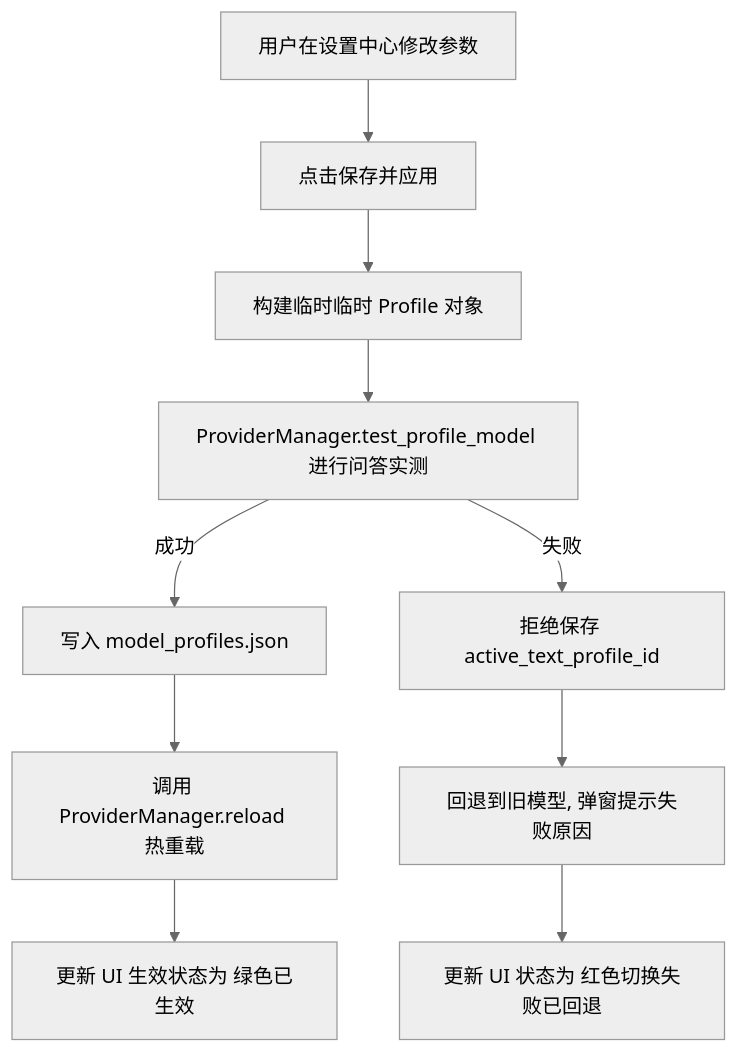
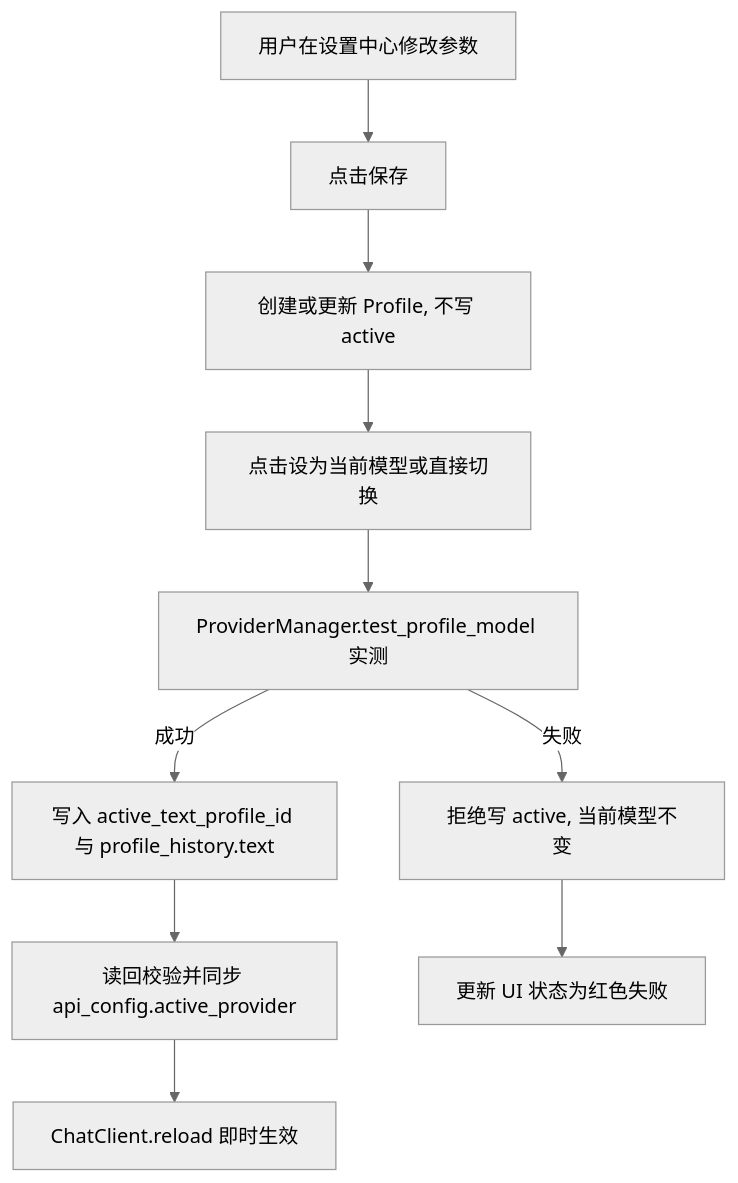
One commit to 111111666yi-cmyk/daniya-desktop-pet-2026 changed the diagram in docs/MODEL_PROVIDER_CONFIG_SPEC.md. Above: the diagram before and after it, drawn with Mermaid (neutral theme). The commit also changed other lines of this file and 14 other files, not shown here.

````diff
--- a/docs/MODEL_PROVIDER_CONFIG_SPEC.md
+++ b/docs/MODEL_PROVIDER_CONFIG_SPEC.md
@@ -55,12 +62,12 @@
 ```mermaid
 graph TD
-    A[用户在设置中心修改参数] --> B[点击保存并应用]
-    B --> C[构建临时临时 Profile 对象]
-    C --> D[ProviderManager.test_profile_model 进行问答实测]
-    D -- 成功 --> E[写入 model_profiles.json]
-    E --> F[调用 ProviderManager.reload 热重载]
-    F --> G[更新 UI 生效状态为 绿色已生效]
-    D -- 失败 --> H[拒绝保存 active_text_profile_id]
-    H --> I[回退到旧模型, 弹窗提示失败原因]
-    I --> J[更新 UI 状态为 红色切换失败已回退]
+    A[用户在设置中心修改参数] --> B[点击保存]
+    B --> C[创建或更新 Profile, 不写 active]
+    C --> D[点击设为当前模型或直接切换]
+    D --> E[ProviderManager.test_profile_model 实测]
+    E -- 成功 --> F[写入 active_text_profile_id 与 profile_history.text]
+    F --> G[读回校验并同步 api_config.active_provider]
+    G --> H[ChatClient.reload 即时生效]
+    E -- 失败 --> I[拒绝写 active, 当前模型不变]
+    I --> J[更新 UI 状态为红色失败]
 ```
````
